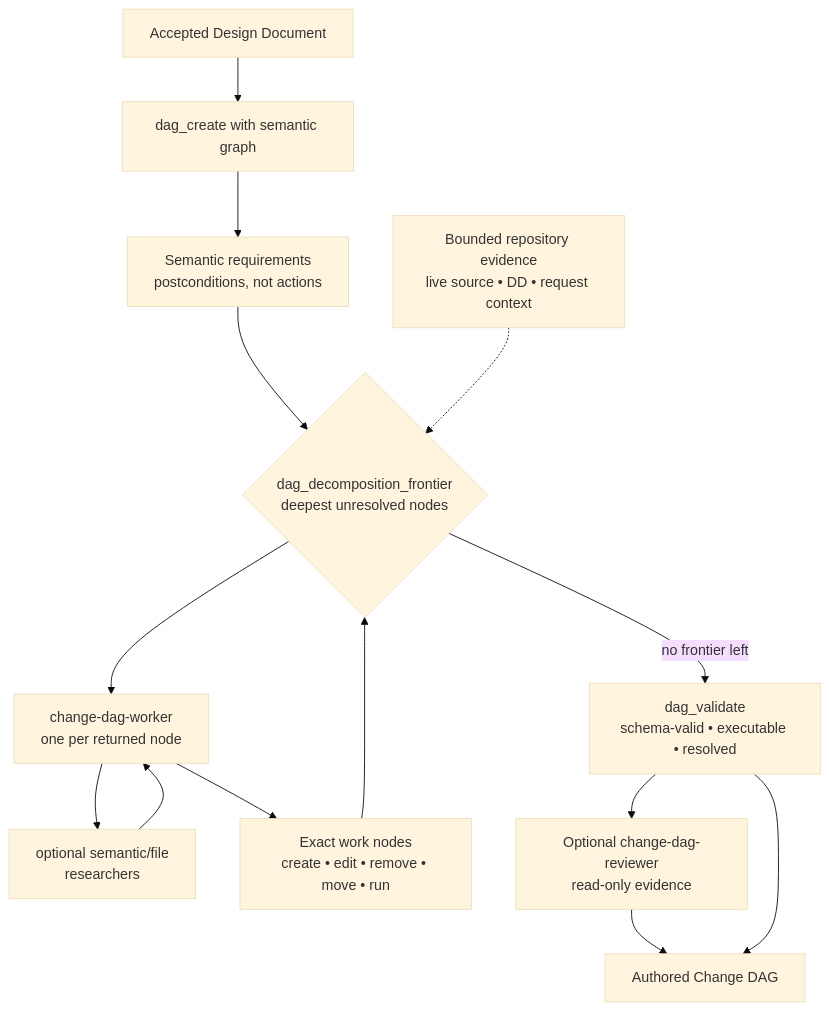
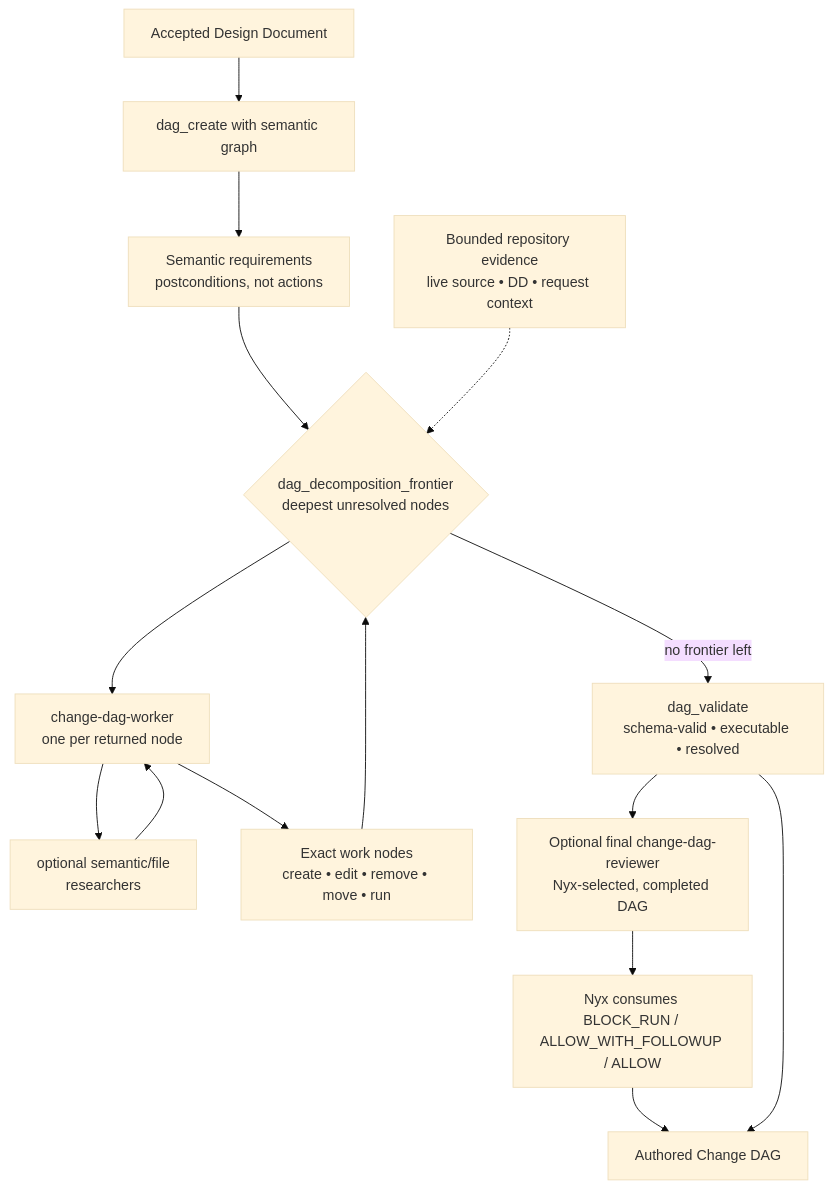
One commit to xiaden/SkyScow changed the first of 2 diagrams in docs/architecture/change-dag-lifecycle.md. Above: the diagram before and after it, drawn with Mermaid (base theme). The commit also changed other lines of this file and 21 other files, not shown here.

````diff
--- a/docs/architecture/change-dag-lifecycle.md
+++ b/docs/architecture/change-dag-lifecycle.md
@@ -16,17 +16,18 @@
 ```mermaid
 flowchart TD
     DD["Accepted Design Document"] --> S["dag_create with semantic graph"]
     S --> SEM["Semantic requirements<br/>postconditions, not actions"]
     SEM --> F{"dag_decomposition_frontier<br/>deepest unresolved nodes"}
     F --> W["change-dag-worker<br/>one per returned node"]
     W --> R["optional semantic/file<br/>researchers"]
     R --> W
     W --> X["Exact work nodes<br/>create • edit • remove • move • run"]
     X --> F
     F -->|no frontier left| VAL["dag_validate<br/>schema-valid • executable • resolved"]
-    VAL --> REV["Optional change-dag-reviewer<br/>read-only evidence"]
-    REV --> AUTH["Authored Change DAG"]
+    VAL --> REV["Optional final change-dag-reviewer<br/>Nyx-selected, completed DAG"]
+    REV --> DISP["Nyx consumes BLOCK_RUN / ALLOW_WITH_FOLLOWUP / ALLOW"]
+    DISP --> AUTH["Authored Change DAG"]
     VAL --> AUTH
 
     CTX["Bounded repository evidence<br/>live source • DD • request context"] -.-> F
 ```
````
